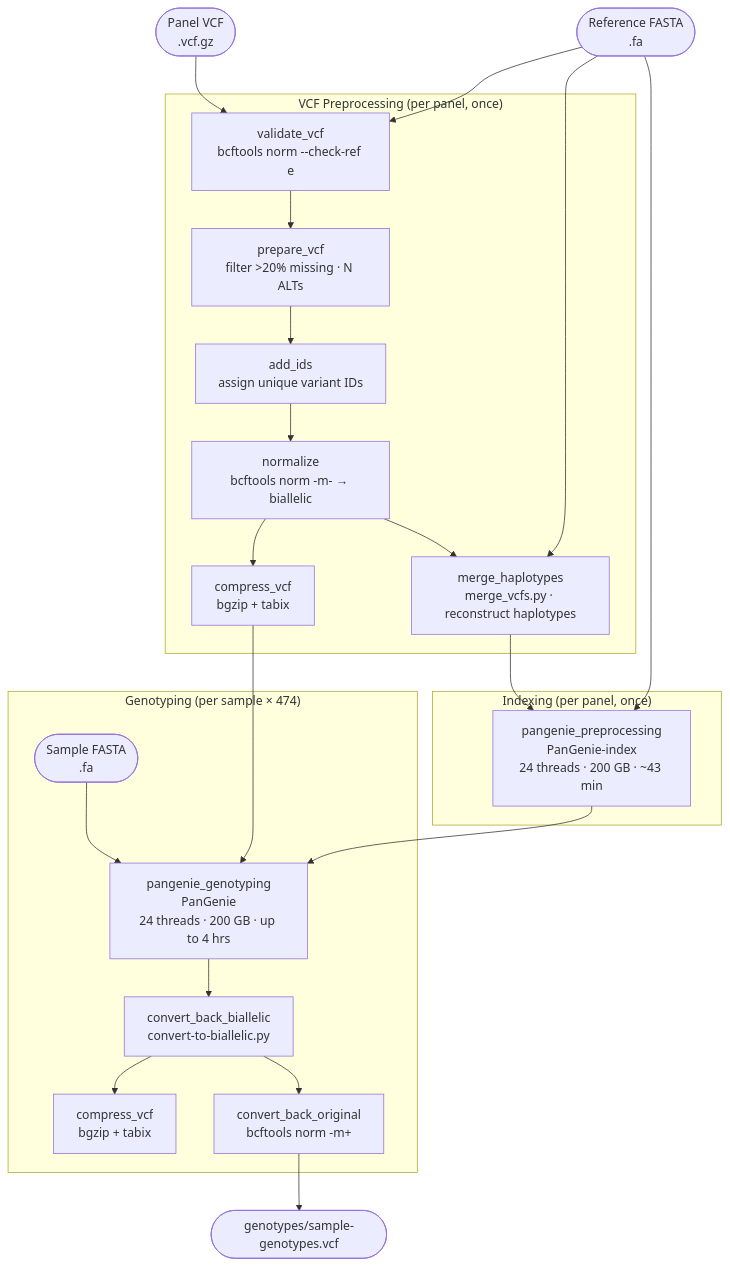
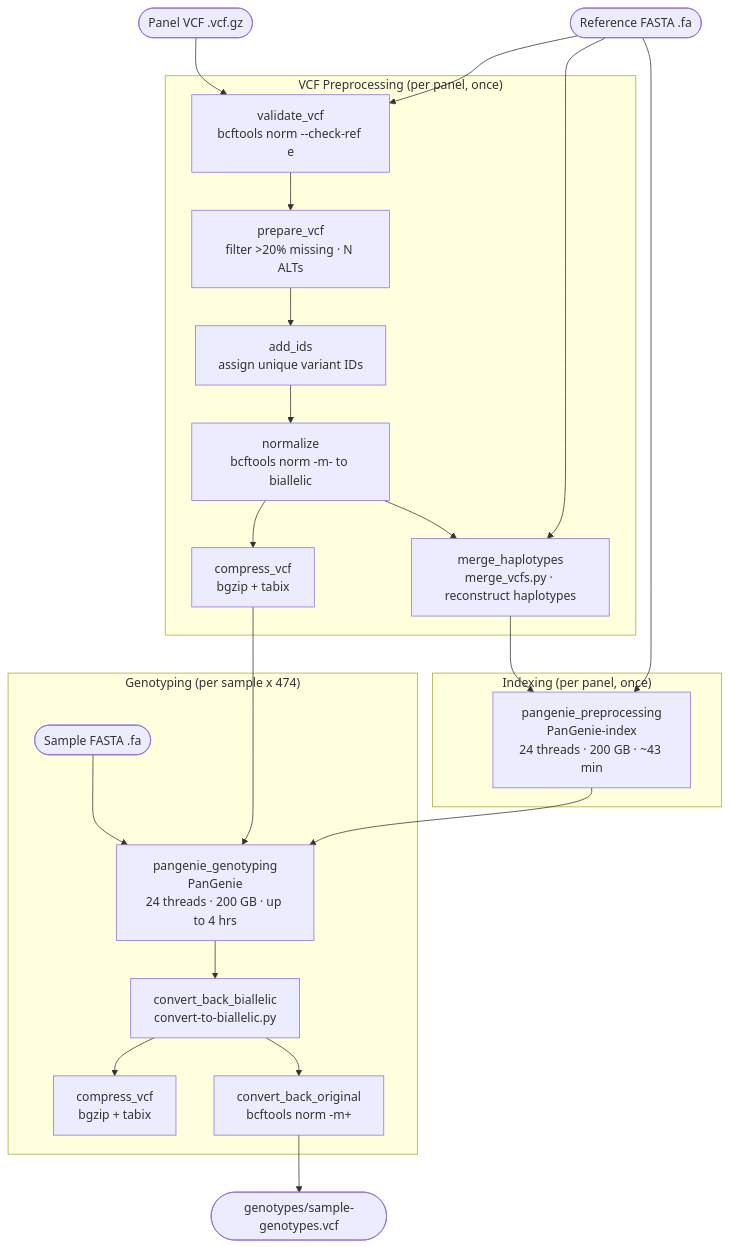
One commit to human-pangenomics/pangenie changed the diagram in vignettes/README.md. Above: the diagram before and after it, drawn with Mermaid. The commit also changed other lines of this file, not shown here.

````diff
--- a/vignettes/README.md
+++ b/vignettes/README.md
@@ -29,31 +29,31 @@
 ```mermaid
 flowchart TD
-    A([Panel VCF\n.vcf.gz]) --> V
-    B([Reference FASTA\n.fa]) --> V
+    A([Panel VCF .vcf.gz]) --> V
+    B([Reference FASTA .fa]) --> V
     B --> M
     B --> PP
 
     subgraph VCF_PREP["VCF Preprocessing (per panel, once)"]
-        V[validate_vcf\nbcftools norm --check-ref e]
-        V --> PR[prepare_vcf\nfilter >20% missing · N ALTs]
-        PR --> ID[add_ids\nassign unique variant IDs]
-        ID --> N[normalize\nbcftools norm -m- → biallelic]
-        N --> C1[compress_vcf\nbgzip + tabix]
-        N --> M[merge_haplotypes\nmerge_vcfs.py · reconstruct haplotypes]
+        V["validate_vcf<br/>bcftools norm --check-ref e"]
+        V --> PR["prepare_vcf<br/>filter >20% missing · N ALTs"]
+        PR --> ID["add_ids<br/>assign unique variant IDs"]
+        ID --> N["normalize<br/>bcftools norm -m- to biallelic"]
+        N --> C1["compress_vcf<br/>bgzip + tabix"]
+        N --> M["merge_haplotypes<br/>merge_vcfs.py · reconstruct haplotypes"]
     end
 
     subgraph INDEX["Indexing (per panel, once)"]
-        M --> PP[pangenie_preprocessing\nPanGenie-index\n24 threads · 200 GB · ~43 min]
+        M --> PP["pangenie_preprocessing<br/>PanGenie-index<br/>24 threads · 200 GB · ~43 min"]
     end
 
-    subgraph GENOTYPE["Genotyping (per sample × 474)"]
-        S([Sample FASTA\n.fa]) --> PG
+    subgraph GENOTYPE["Genotyping (per sample x 474)"]
+        S([Sample FASTA .fa]) --> PG
         C1 --> PG
-        PP --> PG[pangenie_genotyping\nPanGenie\n24 threads · 200 GB · up to 4 hrs]
-        PG --> CB[convert_back_biallelic\nconvert-to-biallelic.py]
-        CB --> C2[compress_vcf\nbgzip + tabix]
-        CB --> CO[convert_back_original\nbcftools norm -m+]
+        PP --> PG["pangenie_genotyping<br/>PanGenie<br/>24 threads · 200 GB · up to 4 hrs"]
+        PG --> CB["convert_back_biallelic<br/>convert-to-biallelic.py"]
+        CB --> C2["compress_vcf<br/>bgzip + tabix"]
+        CB --> CO["convert_back_original<br/>bcftools norm -m+"]
     end
 
     CO --> OUT([genotypes/sample-genotypes.vcf])
 ```
````
